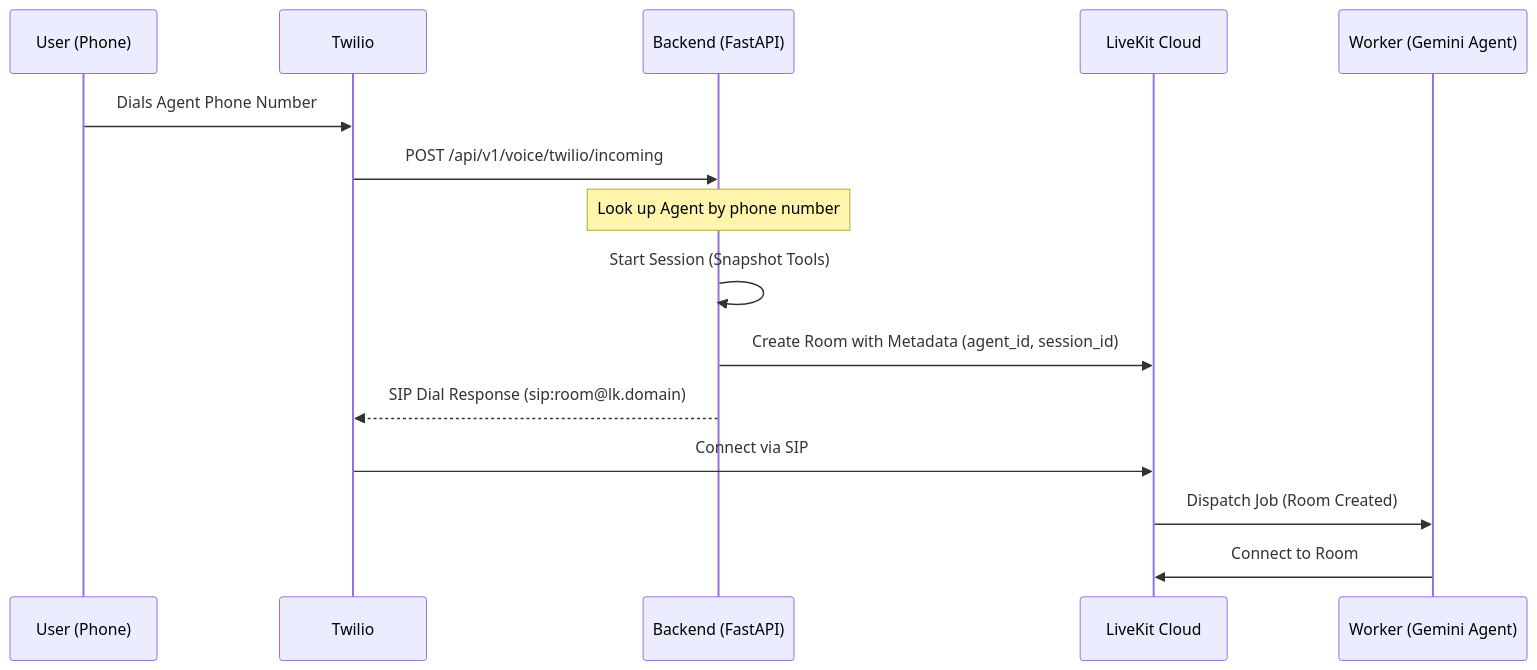
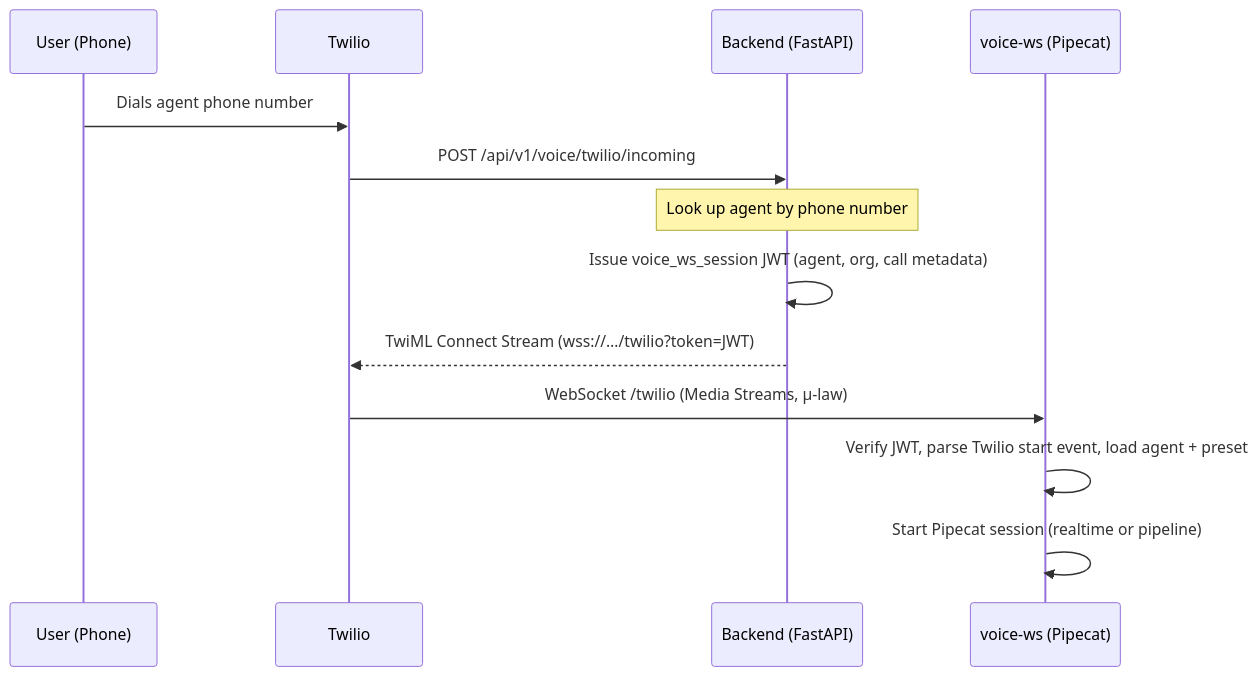
One commit to gauravdhiman/a1-voice-agent-platform changed the second of 3 diagrams in docs/01_architecture/twilio_call_flow.md. Above: the diagram before and after it, drawn with Mermaid. The commit also changed other lines of this file and 163 other files, not shown here.

Commit message:
feat(voice): remove LiveKit worker; Pipecat voice-ws is the only voice runtime

````diff
--- a/docs/01_architecture/twilio_call_flow.md
+++ b/docs/01_architecture/twilio_call_flow.md
@@ -68,18 +69,16 @@
 ```mermaid
 sequenceDiagram
     participant U as User (Phone)
     participant T as Twilio
     participant B as Backend (FastAPI)
-    participant L as LiveKit Cloud
-    participant W as Worker (Gemini Agent)
+    participant V as voice-ws (Pipecat)
 
-    U->>T: Dials Agent Phone Number
+    U->>T: Dials agent phone number
     T->>B: POST /api/v1/voice/twilio/incoming
-    Note over B: Look up Agent by phone number
-    B->>B: Start Session (Snapshot Tools)
-    B->>L: Create Room with Metadata (agent_id, session_id)
-    B-->>T: SIP Dial Response (sip:room@lk.domain)
-    T->>L: Connect via SIP
-    L->>W: Dispatch Job (Room Created)
-    W->>L: Connect to Room
+    Note over B: Look up agent by phone number
+    B->>B: Issue voice_ws_session JWT (agent, org, call metadata)
+    B-->>T: TwiML Connect Stream (wss://…/twilio?token=JWT)
+    T->>V: WebSocket /twilio (Media Streams, μ-law)
+    V->>V: Verify JWT, parse Twilio start event, load agent + preset
+    V->>V: Start Pipecat session (realtime or pipeline)
 ```
````
